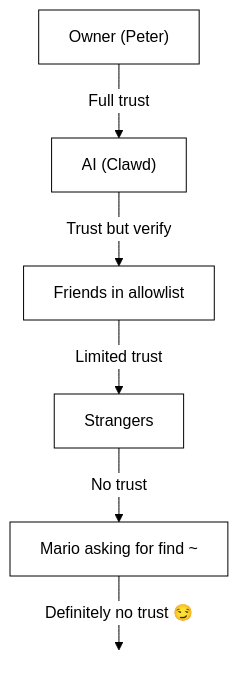
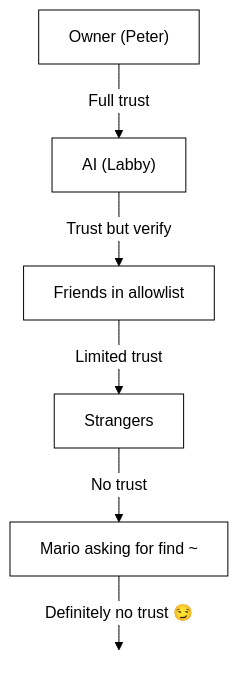
One commit to dvallier-ai/autolab-public changed the diagram in docs/gateway/security/index.md. Above: the diagram before and after it, drawn with Mermaid. The commit also changed other lines of this file and 58 other files, not shown here.

````diff
--- a/docs/gateway/security/index.md
+++ b/docs/gateway/security/index.md
@@ -800,28 +800,28 @@
 ```mermaid
 %%{init: {
   'theme': 'base',
   'themeVariables': {
     'primaryColor': '#ffffff',
     'primaryTextColor': '#000000',
     'primaryBorderColor': '#000000',
     'lineColor': '#000000',
     'secondaryColor': '#f9f9fb',
     'tertiaryColor': '#ffffff',
     'clusterBkg': '#f9f9fb',
     'clusterBorder': '#000000',
     'nodeBorder': '#000000',
     'mainBkg': '#ffffff',
     'edgeLabelBackground': '#ffffff'
   }
 }}%%
 flowchart TB
-    A["Owner (Peter)"] -- Full trust --> B["AI (Clawd)"]
+    A["Owner (Peter)"] -- Full trust --> B["AI (Labby)"]
     B -- Trust but verify --> C["Friends in allowlist"]
     C -- Limited trust --> D["Strangers"]
     D -- No trust --> E["Mario asking for find ~"]
     E -- Definitely no trust 😏 --> F[" "]
 
      %% The transparent box is needed to show the bottom-most label correctly
      F:::Class_transparent_box
     classDef Class_transparent_box fill:transparent, stroke:transparent
 ```
````
